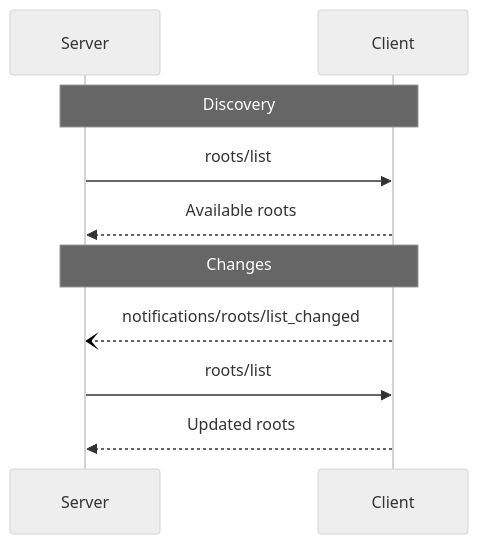
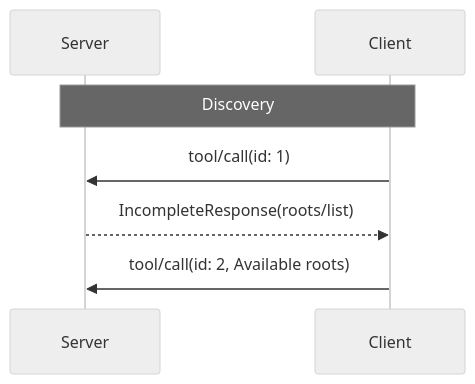
The diagram in 01_Raw/github/modelcontextprotocol/modelcontextprotocol/docs/specification/draft/client/roots.mdx (NickCollect/ai-coding-runbook), drawn with Mermaid (neutral theme) before and after one commit. The commit also changed other lines of this file and 50 other files, not shown here.

````diff
--- a/01_Raw/github/modelcontextprotocol/modelcontextprotocol/docs/specification/draft/client/roots.mdx
+++ b/01_Raw/github/modelcontextprotocol/modelcontextprotocol/docs/specification/draft/client/roots.mdx
@@ -104,14 +90,10 @@
 ```mermaid
 sequenceDiagram
     participant Server
     participant Client
 
     Note over Server,Client: Discovery
-    Server->>Client: roots/list
-    Client-->>Server: Available roots
-
-    Note over Server,Client: Changes
-    Client--)Server: notifications/roots/list_changed
-    Server->>Client: roots/list
-    Client-->>Server: Updated roots
+    Client->>Server: tool/call(id: 1)
+    Server-->>Client: IncompleteResponse(roots/list)
+    Client->>Server: tool/call(id: 2, Available roots)
 ```
````
